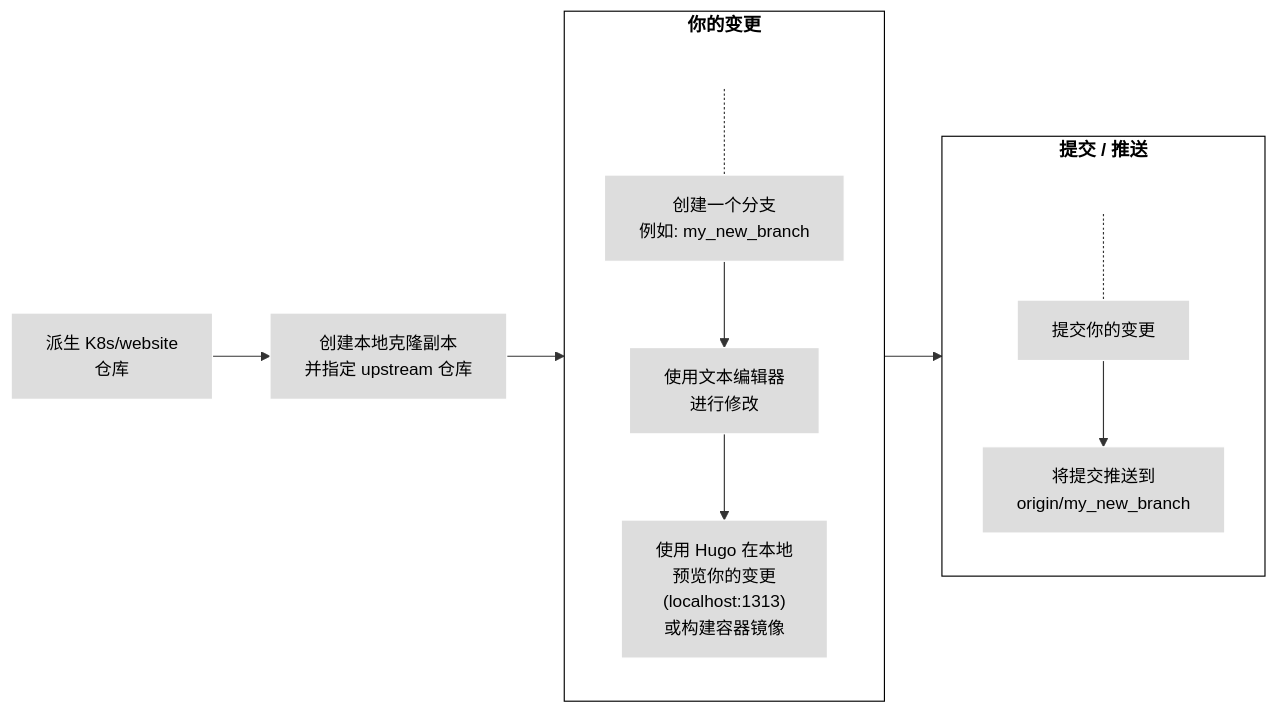
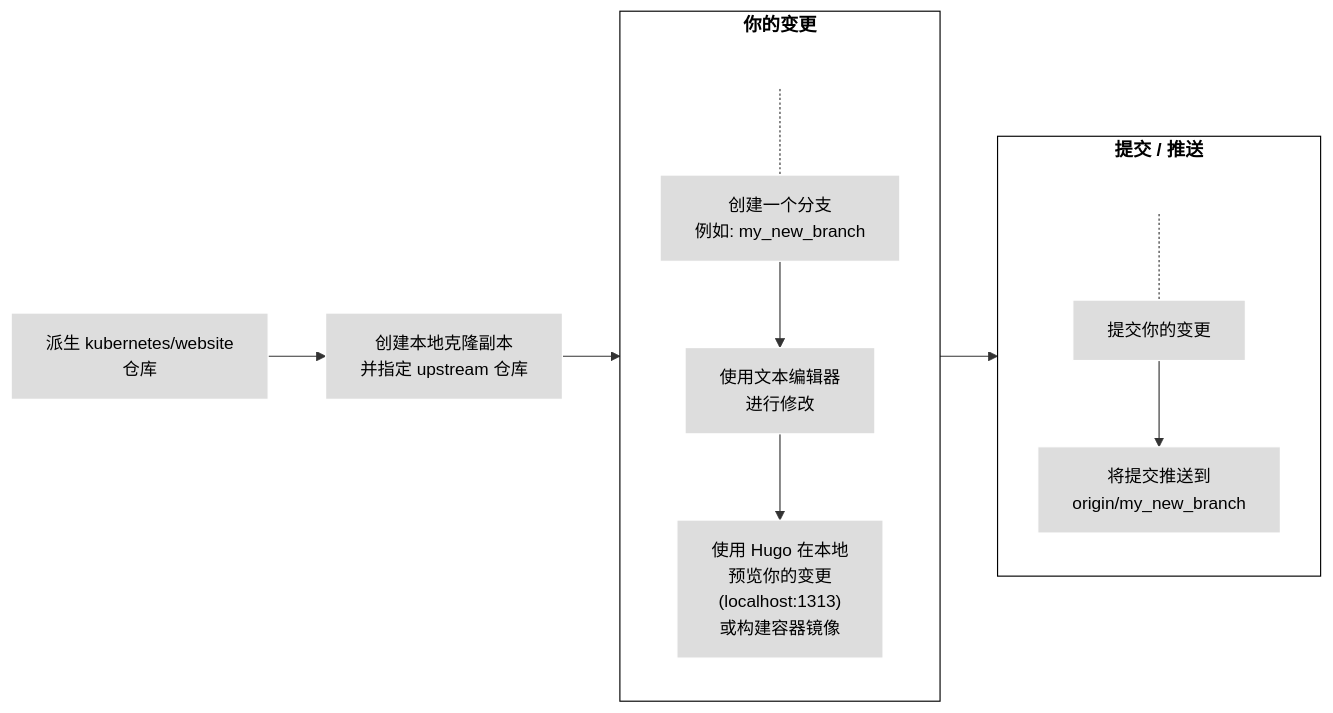
The second of 3 diagrams in content/zh-cn/docs/contribute/new-content/open-a-pr.md (KimSJ15/kubernetes_website), drawn with Mermaid before and after one commit. The commit also changed other lines of this file and 5 other files, not shown here.

```diff
--- a/content/zh-cn/docs/contribute/new-content/open-a-pr.md
+++ b/content/zh-cn/docs/contribute/new-content/open-a-pr.md
@@ -228,24 +228,24 @@
 {{< mermaid >}}
 flowchart LR
-1[派生 K8s/website<br>仓库] --> 2[创建本地克隆副本<br>并指定 upstream 仓库]
+1[派生 kubernetes/website<br>仓库] --> 2[创建本地克隆副本<br>并指定 upstream 仓库]
 subgraph changes[你的变更]
 direction TB
 S[ ] -.-
 3[创建一个分支<br>例如: my_new_branch] --> 3a[使用文本编辑器<br>进行修改] --> 4["使用 Hugo 在本地<br>预览你的变更<br>(localhost:1313)<br>或构建容器镜像"]
 end
 subgraph changes2[提交 / 推送]
 direction TB
 T[ ] -.-
 5[提交你的变更] --> 6[将提交推送到<br>origin/my_new_branch]
 end
 
 2 --> changes --> changes2
 
 classDef grey fill:#dddddd,stroke:#ffffff,stroke-width:px,color:#000000, font-size:15px;
 classDef white fill:#ffffff,stroke:#000,stroke-width:px,color:#000,font-weight:bold
 classDef k8s fill:#326ce5,stroke:#fff,stroke-width:1px,color:#fff;
 classDef spacewhite fill:#ffffff,stroke:#fff,stroke-width:0px,color:#000
 class 1,2,3,3a,4,5,6 grey
 class S,T spacewhite
 class changes,changes2 white
 {{</ mermaid >}}
```
